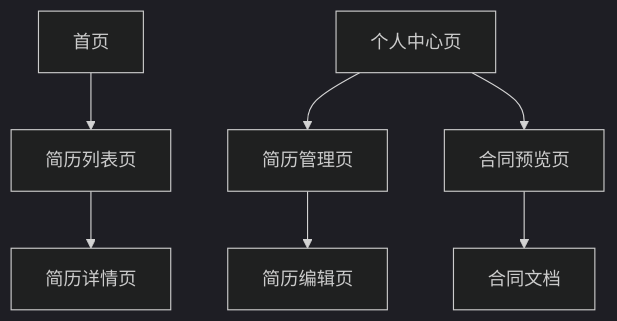
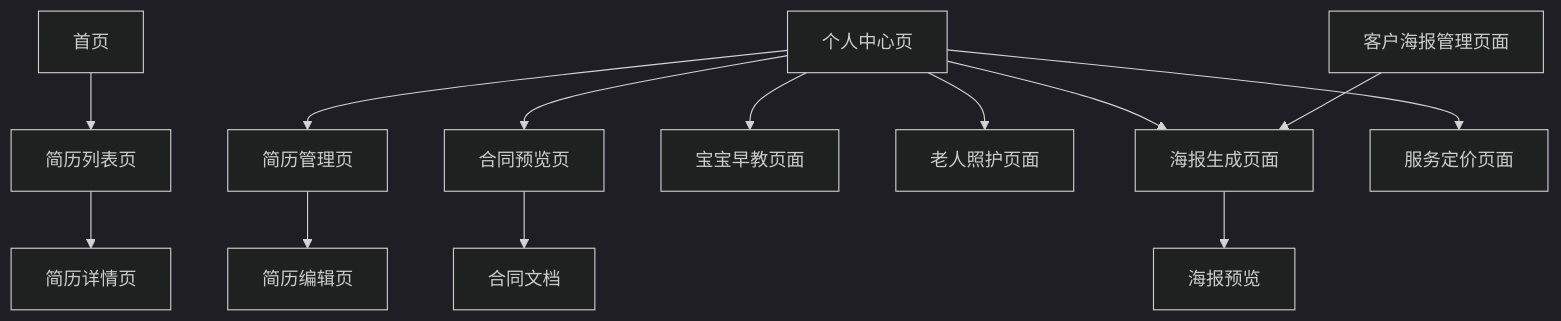
Before and after one commit to sunxuebo91/-: the second of 2 diagrams in .qoder/repowiki/zh/content/前端页面/前端页面.md, drawn with Mermaid (dark theme). The commit also changed other lines of this file and 123 other files, not shown here.

````diff
--- a/.qoder/repowiki/zh/content/前端页面/前端页面.md
+++ b/.qoder/repowiki/zh/content/前端页面/前端页面.md
@@ -213,9 +345,15 @@
 ```mermaid
 graph TD
 首页 --> 简历列表页
 简历列表页 --> 简历详情页
 个人中心页 --> 简历管理页
 个人中心页 --> 合同预览页
+个人中心页 --> 宝宝早教页面
+个人中心页 --> 老人照护页面
+个人中心页 --> 海报生成页面
+个人中心页 --> 服务定价页面
 简历管理页 --> 简历编辑页
 合同预览页 --> 合同文档
+海报生成页面 --> 海报预览
+客户海报管理页面 --> 海报生成页面
 ```
````
